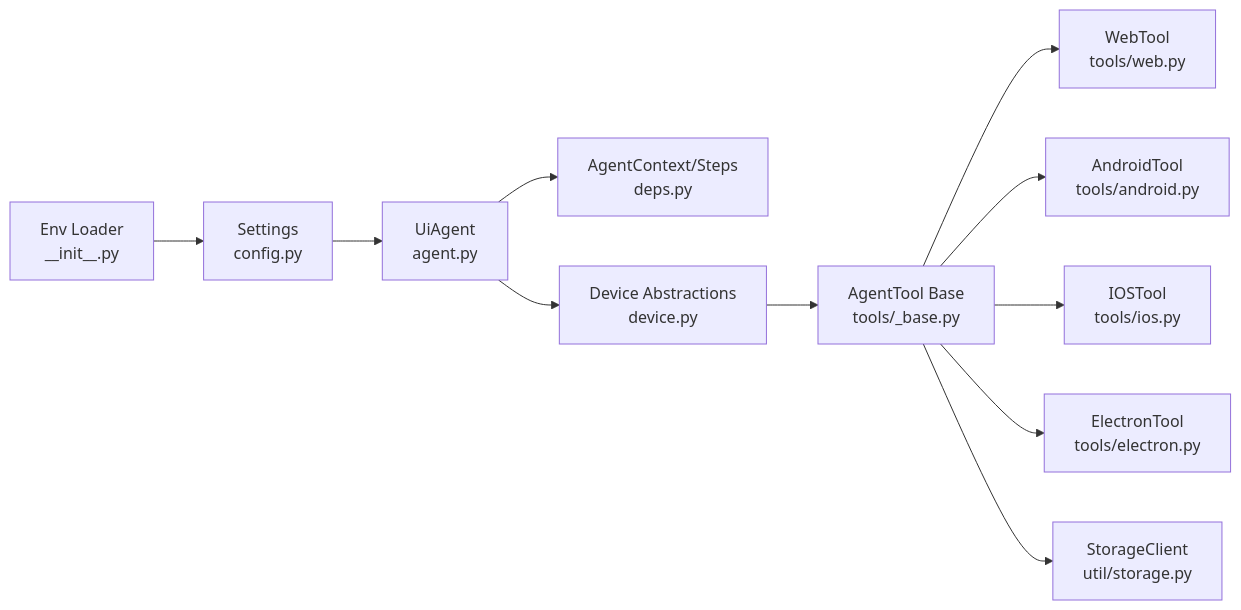
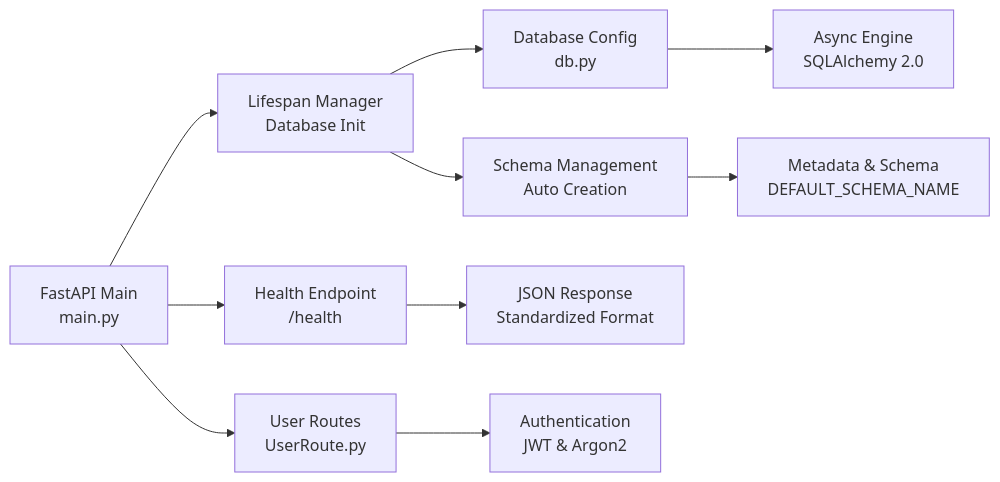
The third of 3 diagrams in .qoder/repowiki/en/content/Advanced Topics/Monitoring and Observability.md (srikant-panda/auth-service), drawn with Mermaid before and after one commit. The commit also changed other lines of this file and 19 other files, not shown here.

````diff
--- a/.qoder/repowiki/en/content/Advanced Topics/Monitoring and Observability.md
+++ b/.qoder/repowiki/en/content/Advanced Topics/Monitoring and Observability.md
@@ -253,13 +306,12 @@
 ```mermaid
 graph LR
-CFG["Settings<br/>config.py"] --> AG["UiAgent<br/>agent.py"]
-INIT["Env Loader<br/>__init__.py"] --> CFG
-AG --> DEPS["AgentContext/Steps<br/>deps.py"]
-AG --> DEV["Device Abstractions<br/>device.py"]
-DEV --> BASE["AgentTool Base<br/>tools/_base.py"]
-BASE --> WEB["WebTool<br/>tools/web.py"]
-BASE --> ANDR["AndroidTool<br/>tools/android.py"]
-BASE --> IOS["IOSTool<br/>tools/ios.py"]
-BASE --> ELEC["ElectronTool<br/>tools/electron.py"]
-BASE --> STORE["StorageClient<br/>util/storage.py"]
+MAIN["FastAPI Main<br/>main.py"] --> LIFESPAN["Lifespan Manager<br/>Database Init"]
+MAIN --> HEALTH["Health Endpoint<br/>/health"]
+MAIN --> ROUTERS["User Routes<br/>UserRoute.py"]
+LIFESPAN --> DBCFG["Database Config<br/>db.py"]
+LIFESPAN --> SCHEMA["Schema Management<br/>Auto Creation"]
+HEALTH --> RESPONSE["JSON Response<br/>Standardized Format"]
+ROUTERS --> AUTH["Authentication<br/>JWT & Argon2"]
+DBCFG --> ENGINE["Async Engine<br/>SQLAlchemy 2.0"]
+SCHEMA --> METADATA["Metadata & Schema<br/>DEFAULT_SCHEMA_NAME"]
 ```
````
